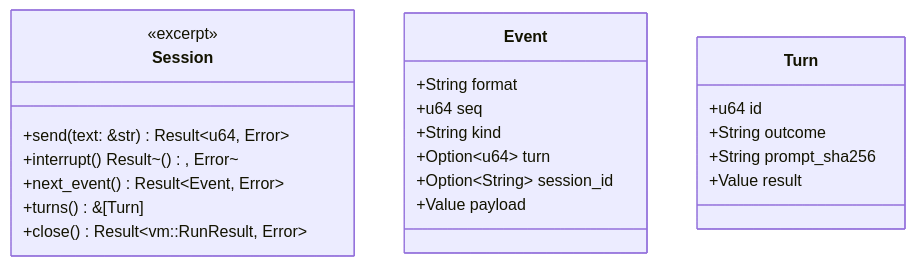
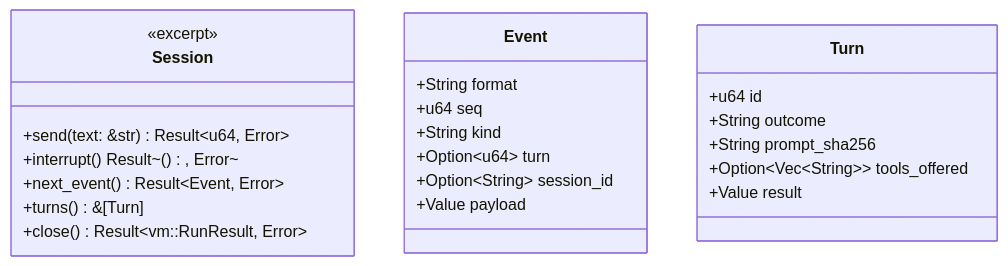
One commit to KombuseLabs/kai changed the diagram in docs/agent.md. Above: the diagram before and after it, drawn with Mermaid. The commit also changed other lines of this file and 6 other files, not shown here.

````diff
--- a/docs/agent.md
+++ b/docs/agent.md
@@ -9,26 +9,27 @@
 ```mermaid
 %% checked against crates/agent
 classDiagram
     class Session {
         <<excerpt>>
         +send(text: &str) Result~u64, Error~
         +interrupt() Result~(), Error~
         +next_event() Result~Event, Error~
         +turns() &[Turn]
         +close() Result~vm::RunResult, Error~
     }
     class Event {
         +String format
         +u64 seq
         +String kind
         +Option~u64~ turn
         +Option~String~ session_id
         +Value payload
     }
     class Turn {
         +u64 id
         +String outcome
         +String prompt_sha256
+        +Option~Vec~String~~ tools_offered
         +Value result
     }
 ```
````
